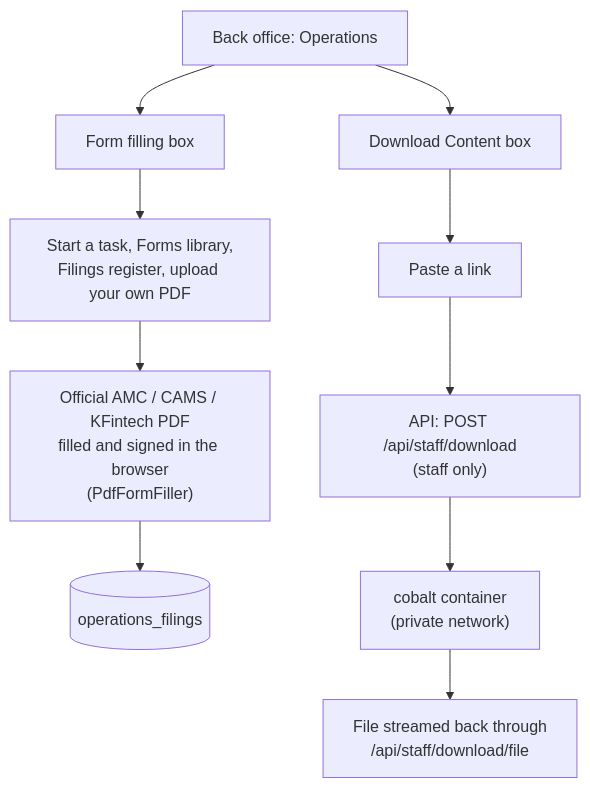
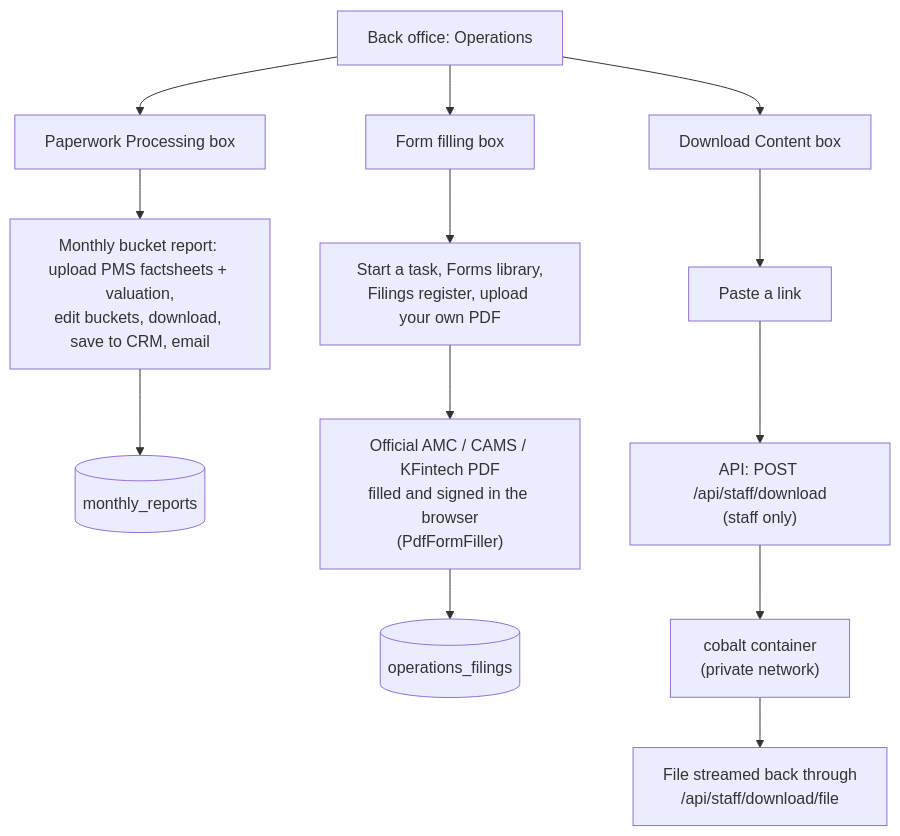
Diagram 12 of 20 in README.md (debmukdm-jioinstitute/Fund-Horizon), drawn with Mermaid before and after one commit. The commit also changed other lines of this file, not shown here.

Commit message:
README: document Paperwork Processing monthly reports

````diff
--- a/README.md
+++ b/README.md
@@ -496,12 +496,15 @@
 ```mermaid
 flowchart TB
     OP["Back office: Operations"] --> FF["Form filling box"]
+    OP --> PP["Paperwork Processing box"]
+    PP --> MR["Monthly bucket report: upload PMS factsheets + valuation,<br/>edit buckets, download, save to CRM, email"]
+    MR --> MDB[("monthly_reports")]
     OP --> DL["Download Content box"]
     FF --> T1["Start a task, Forms library,<br/>Filings register, upload your own PDF"]
     T1 --> PF["Official AMC / CAMS / KFintech PDF<br/>filled and signed in the browser<br/>(PdfFormFiller)"]
     PF --> FR[("operations_filings")]
     DL --> LK["Paste a link"]
     LK --> AP["API: POST /api/staff/download<br/>(staff only)"]
     AP --> CB["cobalt container<br/>(private network)"]
     CB --> FILE["File streamed back through<br/>/api/staff/download/file"]
 ```
````
